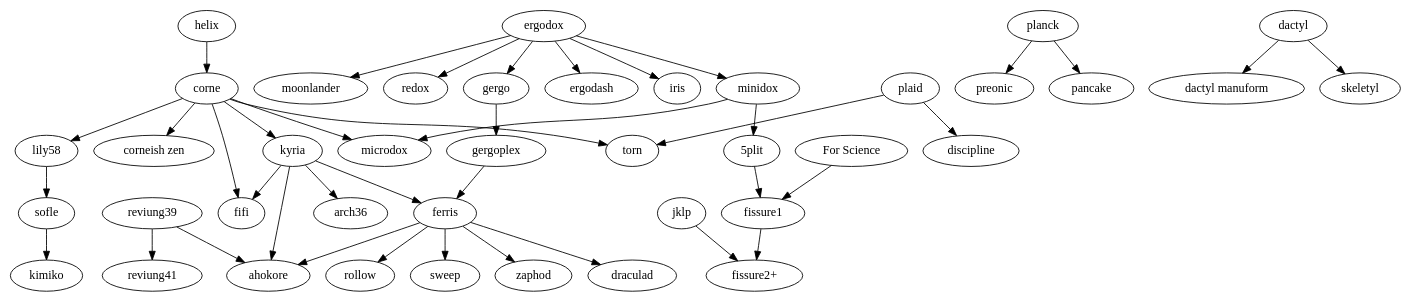
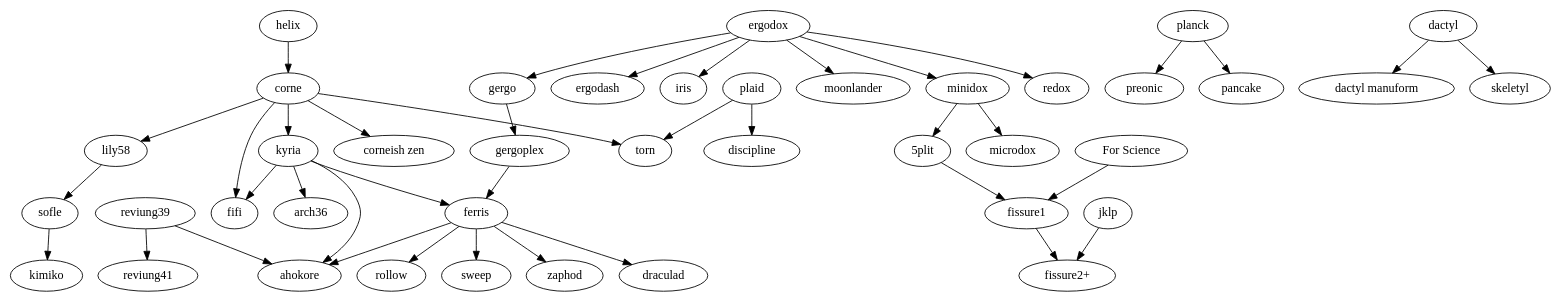
The diagram in tree.gv (petejohanson/mk-family-tree), drawn with Graphviz before and after one commit.

Commit message:
Remove microdox from corne.

```diff
--- a/tree.gv
+++ b/tree.gv
@@ -1,80 +1,79 @@
 digraph T {
   subgraph splits {
     helix -> corne;
 
     corne -> {
       "corneish zen";
       fifi;
       kyria;
       lily58;
-      microdox;
       torn;
     };
 
     lily58 -> sofle;
 
     kyria -> {
         ahokore;
         arch36;
         ferris;
         fifi;
     };
 
     ergodox -> {
       ergodash;
       gergo;
       iris;
       minidox;
       moonlander;
       redox;
     };
 
     gergo -> gergoplex;
     gergoplex -> ferris;
 
     ferris -> {
       ahokore;
       draculad;
       rollow;
       sweep;
       zaphod;
     };
 
     minidox -> {
       "5plit";
       microdox;
     }
 
     sofle -> kimiko;
 
     "5plit" -> "fissure1";
     "For Science" -> "fissure1";
     fissure1 -> "fissure2+";
     jklp -> "fissure2+";
   }
 
   subgraph unibody {
     reviung39 -> {
       ahokore;
       reviung41;
     };
   };
 
   subgraph ortholinear {
     plaid -> {
       discipline;
       torn;
     };
     planck -> {
       preonic;
       pancake;
     };
   }
 
   subgraph {
     dactyl -> {
       "dactyl manuform";
       skeletyl;
     }
   }
 }
```
